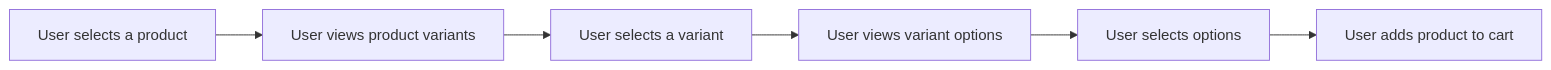
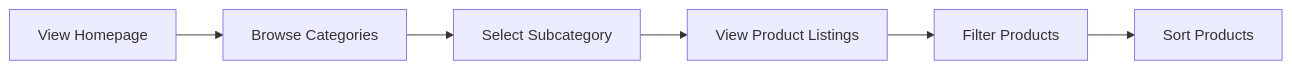
One commit to wrtnlabs/autobe-examples changed the third of 20 diagrams in mistralai/codestral-2508/shopping/docs/analysis/03-user-flows.md. Above: the diagram before and after it, drawn with Mermaid. The commit also changed other lines of this file and 7173 other files, not shown here.

````diff
--- a/mistralai/codestral-2508/shopping/docs/analysis/03-user-flows.md
+++ b/mistralai/codestral-2508/shopping/docs/analysis/03-user-flows.md
@@ -111,8 +37,8 @@
 ```mermaid
-flowchart LR
-    A["User selects a product"] --> B["User views product variants"]
-    B --> C["User selects a variant"]
-    C --> D["User views variant options"]
-    D --> E["User selects options"]
-    E --> F["User adds product to cart"]
+graph LR
+    A["View Homepage"] --> B["Browse Categories"]
+    B --> C["Select Subcategory"]
+    C --> D["View Product Listings"]
+    D --> E["Filter Products"]
+    E --> F["Sort Products"]
 ```
````
